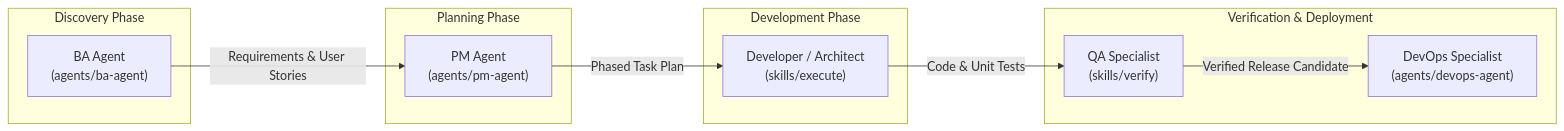
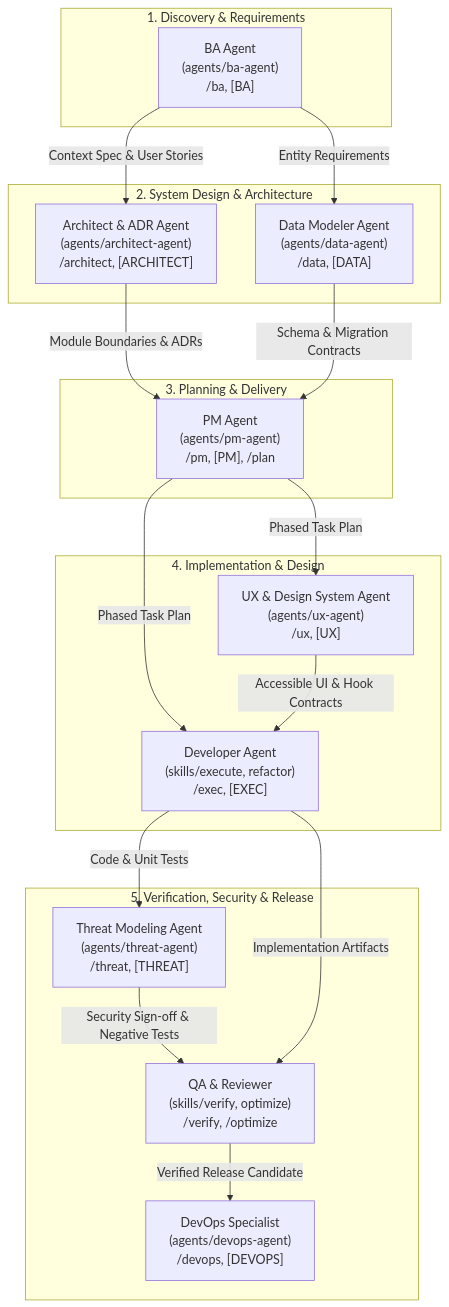
The diagram in agents/README.md (markromolecule/context-factory), drawn with Mermaid before and after one commit. The commit also changed other lines of this file and 58 other files, not shown here.

First line of the commit message:
feat(agents): introduce declarative lifecycle specialist agents, harness resolution, and commit-push-release workflow

````diff
--- a/agents/README.md
+++ b/agents/README.md
@@ -15,24 +15,38 @@
 ```mermaid
-flowchart LR
-    subgraph S1["Discovery Phase"]
-        BA["BA Agent<br/>(agents/ba-agent)"]
+flowchart TD
+    subgraph S1["1. Discovery & Requirements"]
+        BA["BA Agent<br/>(agents/ba-agent)<br/>/ba, [BA]"]
     end
 
-    subgraph S2["Planning Phase"]
-        PM["PM Agent<br/>(agents/pm-agent)"]
+    subgraph S2["2. System Design & Architecture"]
+        ARCH["Architect & ADR Agent<br/>(agents/architect-agent)<br/>/architect, [ARCHITECT]"]
+        DATA["Data Modeler Agent<br/>(agents/data-agent)<br/>/data, [DATA]"]
     end
 
-    subgraph S3["Development Phase"]
-        DEV["Developer / Architect<br/>(skills/execute)"]
+    subgraph S3["3. Planning & Delivery"]
+        PM["PM Agent<br/>(agents/pm-agent)<br/>/pm, [PM], /plan"]
     end
-    
-    subgraph VerifyDeploy ["Verification & Deployment"]
-        DEVOPS["DevOps Specialist<br/>(agents/devops-agent)"]
-        QA["QA Specialist<br/>(skills/verify)"]
+
+    subgraph S4["4. Implementation & Design"]
+        UX["UX & Design System Agent<br/>(agents/ux-agent)<br/>/ux, [UX]"]
+        DEV["Developer Agent<br/>(skills/execute, refactor)<br/>/exec, [EXEC]"]
     end
-    
-    BA -->|"Requirements & User Stories"| PM
+
+    subgraph S5["5. Verification, Security & Release"]
+        THREAT["Threat Modeling Agent<br/>(agents/threat-agent)<br/>/threat, [THREAT]"]
+        QA["QA & Reviewer<br/>(skills/verify, optimize)<br/>/verify, /optimize"]
+        DEVOPS["DevOps Specialist<br/>(agents/devops-agent)<br/>/devops, [DEVOPS]"]
+    end
+
+    BA -->|"Context Spec & User Stories"| ARCH
+    BA -->|"Entity Requirements"| DATA
+    ARCH -->|"Module Boundaries & ADRs"| PM
+    DATA -->|"Schema & Migration Contracts"| PM
+    PM -->|"Phased Task Plan"| UX
     PM -->|"Phased Task Plan"| DEV
-    DEV -->|"Code & Unit Tests"| QA
+    UX -->|"Accessible UI & Hook Contracts"| DEV
+    DEV -->|"Code & Unit Tests"| THREAT
+    THREAT -->|"Security Sign-off & Negative Tests"| QA
+    DEV -->|"Implementation Artifacts"| QA
     QA -->|"Verified Release Candidate"| DEVOPS
 ```
````
